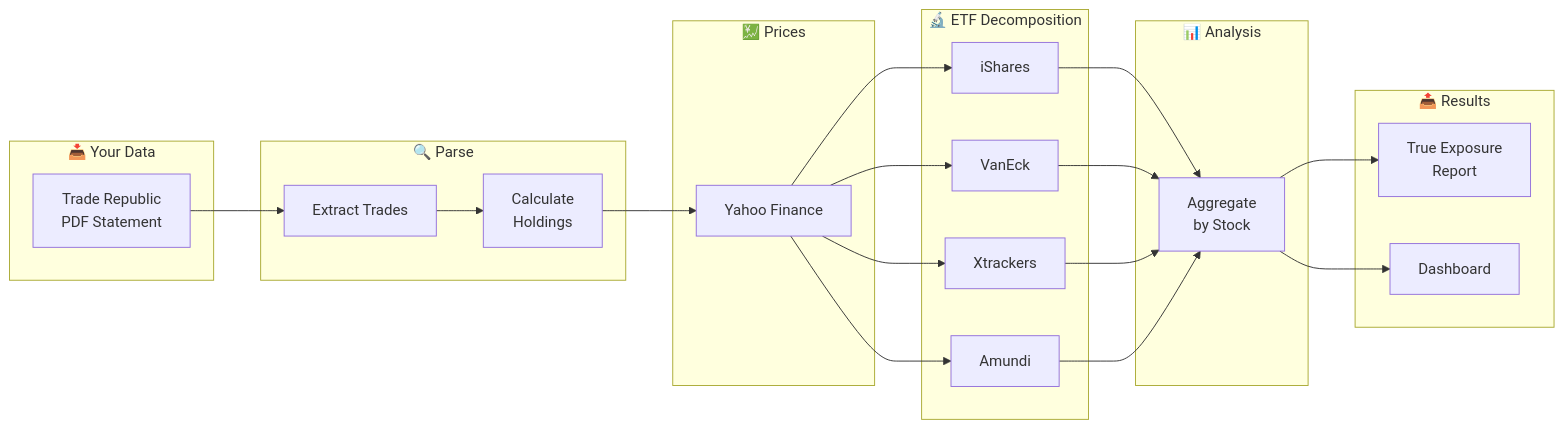
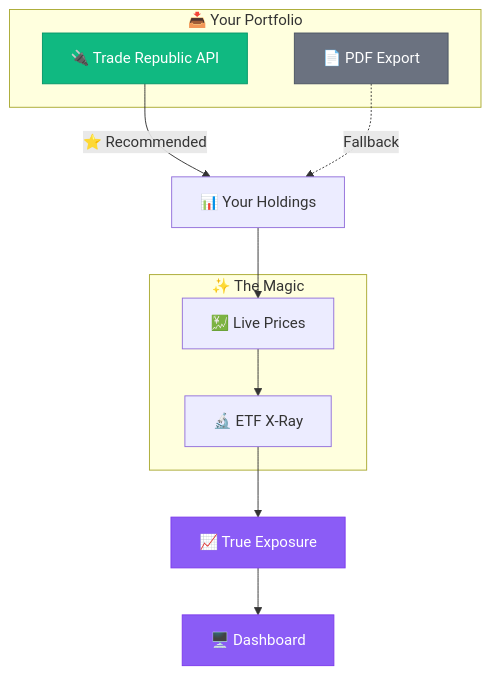
One commit to Skeptomenos/Portfolio-Prism changed the first of 2 diagrams in README.md. Above: the diagram before and after it, drawn with Mermaid. The commit also changed other lines of this file, not shown here.

First line of the commit message:
docs: update README diagrams with Trade Republic API flow and visual enhancements

````diff
--- a/README.md
+++ b/README.md
@@ -192,36 +192,29 @@
 ```mermaid
-flowchart LR
-    subgraph Input["📥 Your Data"]
-        PDF["Trade Republic<br/>PDF Statement"]
+flowchart TB
+    subgraph Input["📥 Your Portfolio"]
+        API["🔌 Trade Republic API"]
+        PDF["📄 PDF Export"]
     end
 
-    subgraph Parse["🔍 Parse"]
-        Parser["Extract Trades"]
-        Holdings["Calculate<br/>Holdings"]
+    Holdings["📊 Your Holdings"]
+
+    subgraph Magic["✨ The Magic"]
+        Prices["💹 Live Prices"]
+        ETF["🔬 ETF X-Ray"]
     end
 
-    subgraph Pricing["💹 Prices"]
-        YF["Yahoo Finance"]
-    end
+    Results["📈 True Exposure"]
+    Dashboard["🖥️ Dashboard"]
 
-    subgraph ETF["🔬 ETF Decomposition"]
-        iShares["iShares"]
-        VanEck["VanEck"]
-        Xtrackers["Xtrackers"]
-        Amundi["Amundi"]
-    end
+    API -->|"⭐ Recommended"| Holdings
+    PDF -.->|"Fallback"| Holdings
+    Holdings --> Prices
+    Prices --> ETF
+    ETF --> Results
+    Results --> Dashboard
 
-    subgraph Analysis["📊 Analysis"]
-        Aggregate["Aggregate<br/>by Stock"]
-    end
-
-    subgraph Output["📤 Results"]
-        Report["True Exposure<br/>Report"]
-        Dashboard["Dashboard"]
-    end
-
-    PDF --> Parser --> Holdings --> YF
-    YF --> iShares & VanEck & Xtrackers & Amundi
-    iShares & VanEck & Xtrackers & Amundi --> Aggregate
-    Aggregate --> Report & Dashboard
+    style API fill:#10b981,stroke:#059669,color:#fff
+    style PDF fill:#6b7280,stroke:#4b5563,color:#fff
+    style Results fill:#8b5cf6,stroke:#7c3aed,color:#fff
+    style Dashboard fill:#8b5cf6,stroke:#7c3aed,color:#fff
 ```
````
